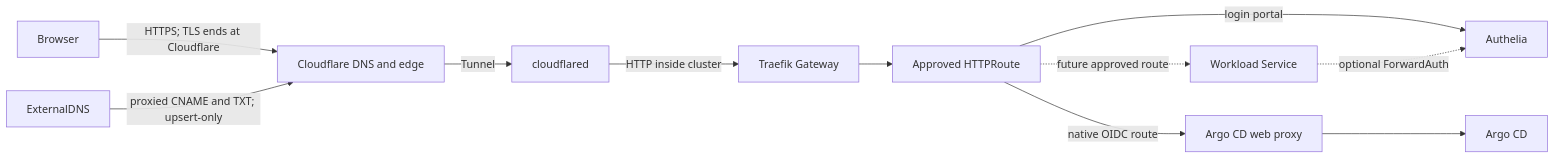
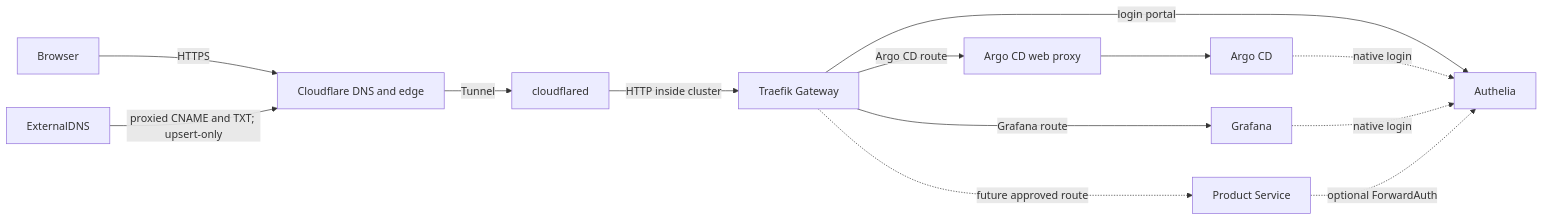
The third of 3 diagrams in devops/README.md (Disease-Prediction-ASET26/disease-prediction-docs), drawn with Mermaid before and after one commit. The commit also changed other lines of this file, not shown here.

Commit message:
docs(devops): clarify repository guide and system flows

````diff
--- a/devops/README.md
+++ b/devops/README.md
@@ -71,13 +84,17 @@
 ```mermaid
 flowchart LR
-  browser[Browser] -->|HTTPS; TLS ends at Cloudflare| cloudflare[Cloudflare DNS and edge]
-  cloudflare -->|Tunnel| tunnel[cloudflared]
-  tunnel -->|HTTP inside cluster| traefik[Traefik Gateway]
-  traefik --> route[Approved HTTPRoute]
-  route -->|login portal| authelia[Authelia]
-  route -->|native OIDC route| proxy[Argo CD web proxy]
+  browser[Browser] -->|HTTPS| cloudflare[Cloudflare DNS and edge]
+  cloudflare -->|Tunnel| cloudflared[cloudflared]
+  cloudflared -->|HTTP inside cluster| traefik[Traefik Gateway]
+
+  traefik -->|login portal| authelia[Authelia]
+  traefik -->|Argo CD route| proxy[Argo CD web proxy]
   proxy --> argocd[Argo CD]
-  route -. future approved route .-> service[Workload Service]
+  traefik -->|Grafana route| grafana[Grafana]
+  argocd -. native login .-> authelia
+  grafana -. native login .-> authelia
+  traefik -. future approved route .-> service[Product Service]
   service -. optional ForwardAuth .-> authelia
+
   externalDNS[ExternalDNS] -->|proxied CNAME and TXT; upsert-only| cloudflare
 ```
````
